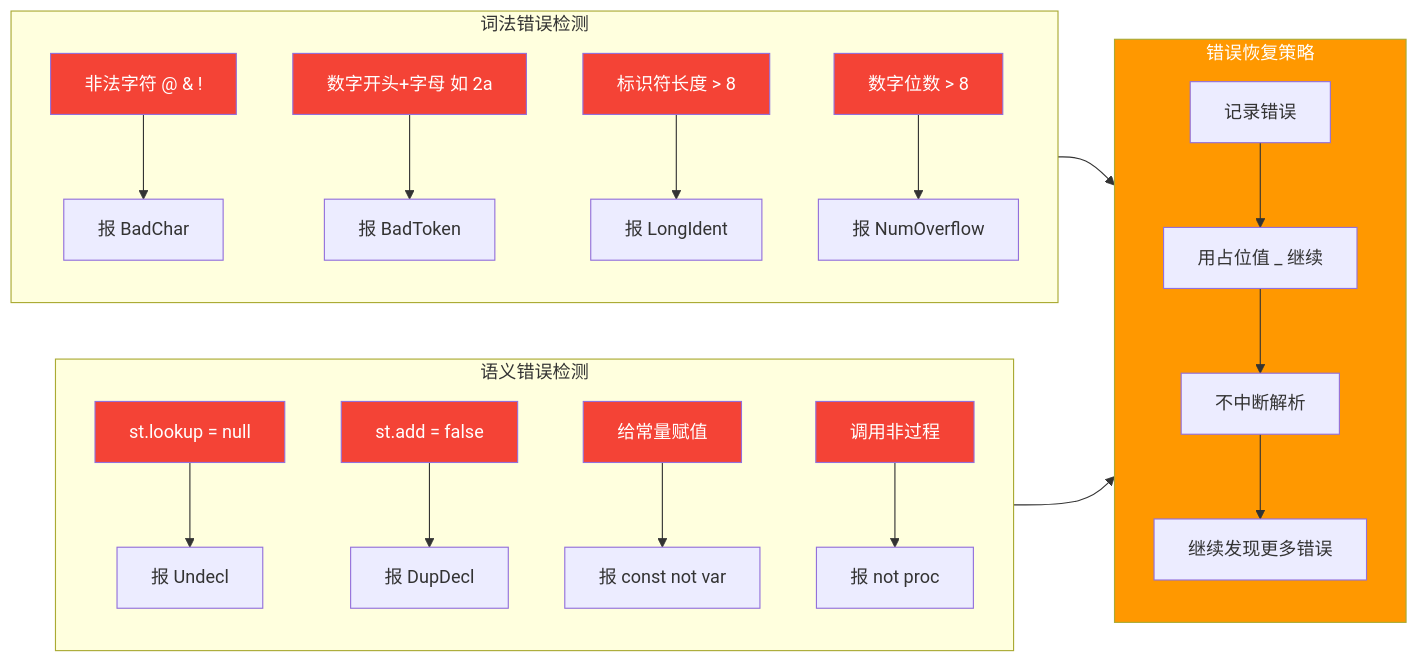
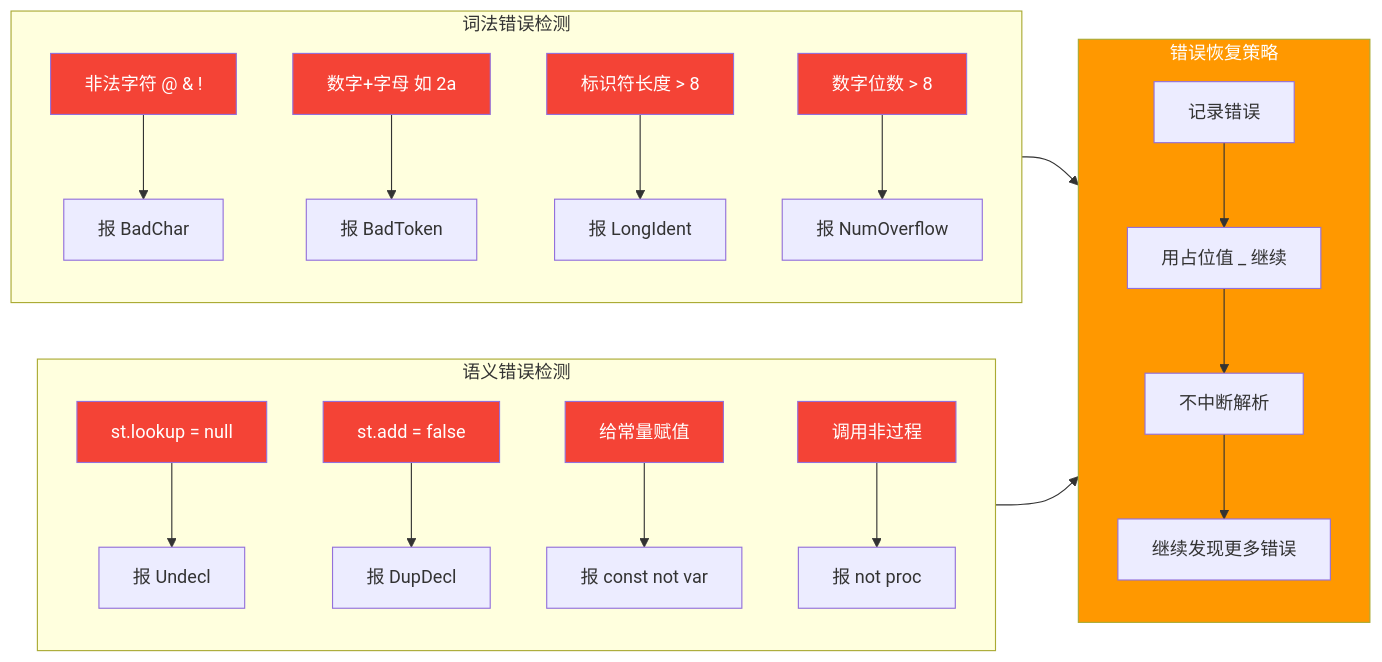
Before and after one commit to sayzwx/L--PL-0: the tenth of 10 diagrams in Docs/设计流程图.md, drawn with Mermaid. The commit also changed other lines of this file, not shown here.

Commit message:
恢复图片+修复流程图2.2编码和Loop引用

````diff
--- a/Docs/设计流程图.md
+++ b/Docs/设计流程图.md
@@ -319,35 +332,35 @@
 ```mermaid
 flowchart LR
     subgraph LexErr[词法错误检测]
-        L1[非法字符 @ & !] --> LOut[报 BadChar]
-        L2[数字开头+字母 如 2a] --> LOut2[报 BadToken]
-        L3[标识符长度 > 8] --> LOut3[报 LongIdent]
-        L4[数字位数 > 8] --> LOut4[报 NumOverflow]
+        L1[非法字符 @ & !] --> LO1[报 BadChar]
+        L2[数字+字母 如 2a] --> LO2[报 BadToken]
+        L3[标识符长度 > 8] --> LO3[报 LongIdent]
+        L4[数字位数 > 8] --> LO4[报 NumOverflow]
     end
     
     subgraph SemErr[语义错误检测]
-        S1[st.lookup = null] --> SOut[报 Undecl]
-        S2[st.add = false] --> SOut2[报 DupDecl]
-        S3[给常量赋值] --> SOut3[报 const not var]
-        S4[调用非过程] --> SOut4[报 not proc]
+        S1[st.lookup = null] --> SO1[报 Undecl]
+        S2[st.add = false] --> SO2[报 DupDecl]
+        S3[给常量赋值] --> SO3[报 const not var]
+        S4[调用非过程] --> SO4[报 not proc]
     end
     
     subgraph Recover[错误恢复策略]
         R1[记录错误] --> R2[用占位值 _ 继续]
         R2 --> R3[不中断解析]
         R3 --> R4[继续发现更多错误]
     end
     
     LexErr --> Recover
     SemErr --> Recover
 
     style L1 fill:#f44336,color:#fff
     style L2 fill:#f44336,color:#fff
     style L3 fill:#f44336,color:#fff
     style L4 fill:#f44336,color:#fff
     style S1 fill:#f44336,color:#fff
     style S2 fill:#f44336,color:#fff
     style S3 fill:#f44336,color:#fff
     style S4 fill:#f44336,color:#fff
     style Recover fill:#FF9800,color:#fff
 ```
````
